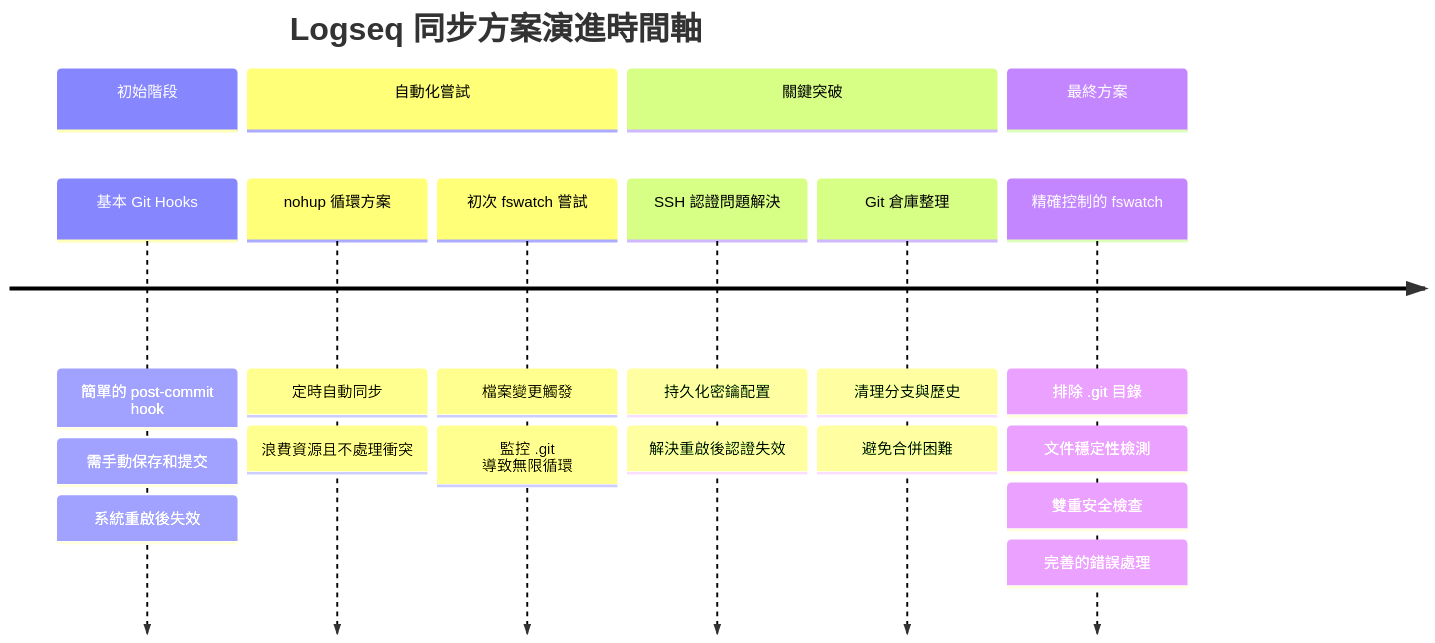
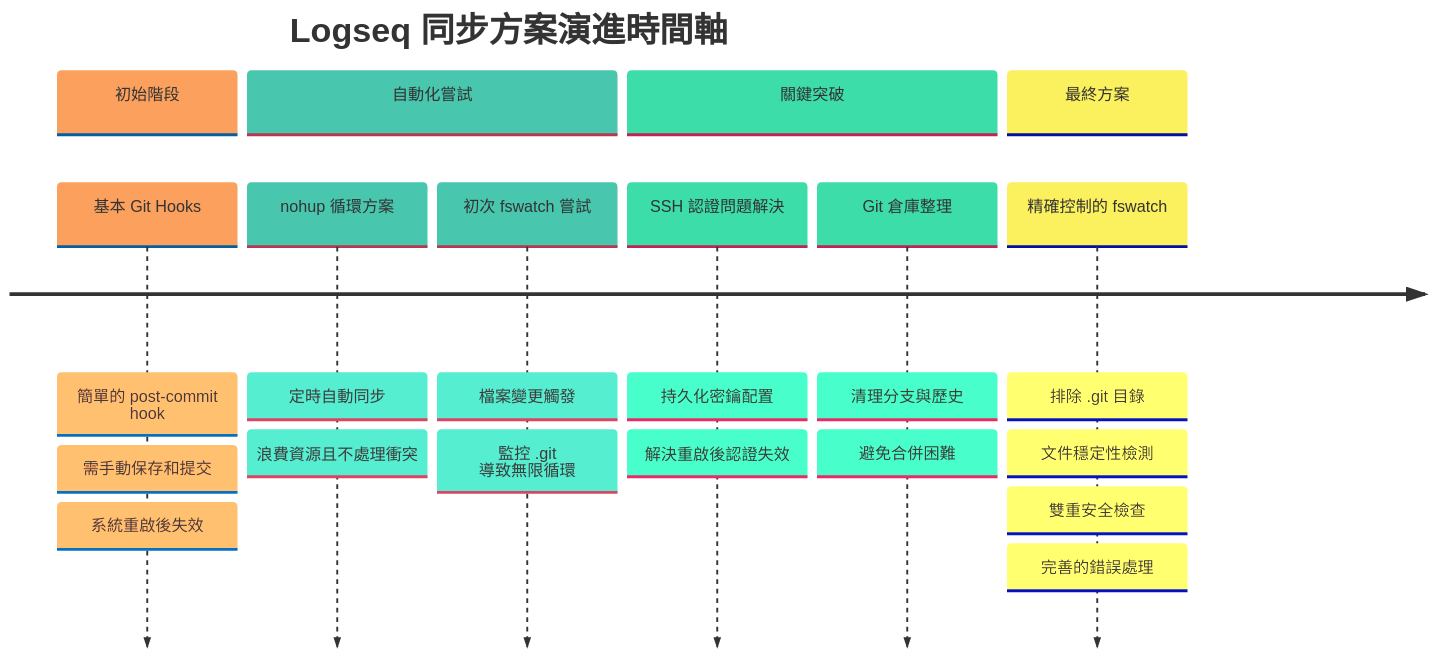
The first of 2 diagrams in Logseq同步方案演進記錄.md (GengGeng026/Sync-Logseq), drawn with Mermaid before and after one commit.

Commit message:
Auto-sync: Wed Mar 26 09:54:30 +08 2025

````diff
--- a/Logseq同步方案演進記錄.md
+++ b/Logseq同步方案演進記錄.md
@@ -24,39 +24,39 @@
 ```mermaid
 %%{init: {
   'theme': 'base', 
   'themeVariables': {
     'primaryColor': '#FEE9D9',
     'secondaryColor': '#A9E4D9',
     'tertiaryColor': '#A9F0D9',
     'lineColor': '#A9D9D9',
     'primaryBorderColor': '#A9D9D9',
     'background': 'transparent',
     'clusterBkg': 'transparent',
     'titleColor': '#FEE9D9',
     'fontFamily': 'default',
     'fontSize': '17px',
-    'fontWeight': 'normal',
+    'fontWeight': 'normal'
   }
 }}%%
 timeline
     title Logseq 同步方案演進時間軸
     section 初始階段
         基本 Git Hooks : 簡單的 post-commit hook
         : 需手動保存和提交
         : 系統重啟後失效
     section 自動化嘗試
         nohup 循環方案 : 定時自動同步
         : 浪費資源且不處理衝突
         初次 fswatch 嘗試 : 檔案變更觸發
         : 監控 .git 導致無限循環
     section 關鍵突破
         SSH 認證問題解決 : 持久化密鑰配置
         : 解決重啟後認證失效
         Git 倉庫整理 : 清理分支與歷史
         : 避免合併困難
     section 最終方案
         精確控制的 fswatch : 排除 .git 目錄
         : 文件穩定性檢測
         : 雙重安全檢查
         : 完善的錯誤處理
 ```
````
